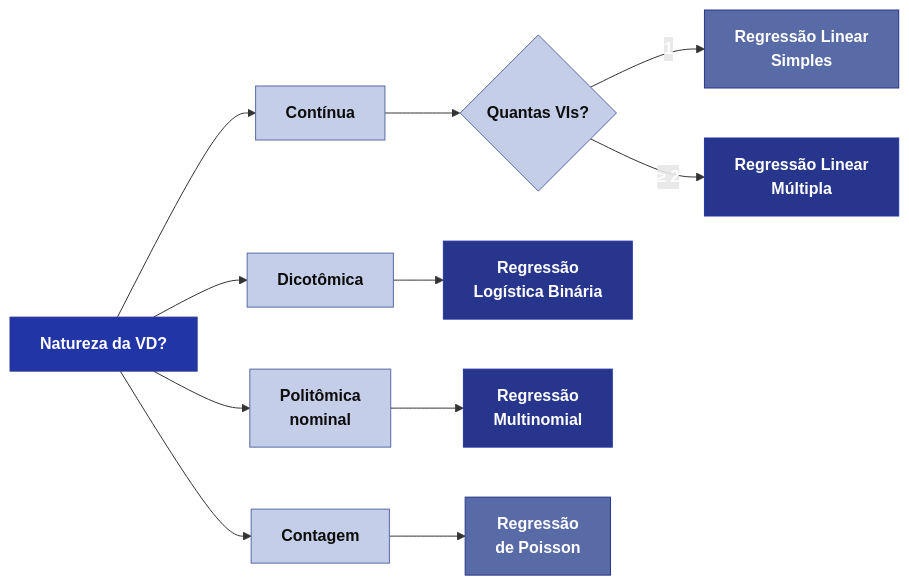
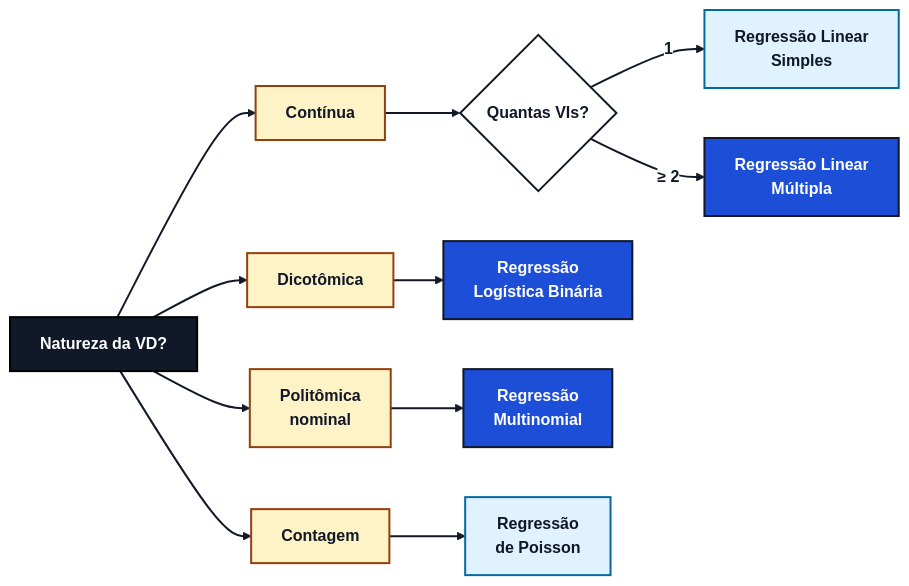
Before and after one commit to ldvsantos/cv: the second of 2 diagrams in aulas/analise_dados_ambientais/aulas/14_regressao/regressao.qmd, drawn with Mermaid. The commit also changed other lines of this file and 17 other files, not shown here.

````diff
--- a/aulas/analise_dados_ambientais/aulas/14_regressao/regressao.qmd
+++ b/aulas/analise_dados_ambientais/aulas/14_regressao/regressao.qmd
@@ -690,21 +700,26 @@
 ```{mermaid}
 %%| fig-width: 10
+%%{init: {"theme": "base", "themeVariables": {"fontFamily": "Arial, sans-serif", "primaryTextColor": "#111827", "lineColor": "#111827", "edgeLabelBackground": "#FFFFFF"}}}%%
 flowchart LR
     A["Natureza da VD?"]:::root --> B["Contínua"]:::node
     A --> C["Dicotômica"]:::node
     A --> D["Politômica<br/>nominal"]:::node
     A --> E["Contagem"]:::node
+
+  class B,C,D,E option
 
     B --> F{"Quantas VIs?"}:::node
     F --> |"1"| G["Regressão Linear<br/>Simples"]:::leaf
     F --> |"≥ 2"| H["Regressão Linear<br/>Múltipla"]:::result
 
     C --> I["Regressão<br/>Logística Binária"]:::result
     D --> J["Regressão<br/>Multinomial"]:::result
     E --> K["Regressão<br/>de Poisson"]:::leaf
 
-    classDef root fill:#2135A6,color:#fff,font-weight:bold,stroke:#27368C
-    classDef node fill:#C5CEE8,color:#0D0D0D,stroke:#586BA6
-    classDef leaf fill:#586BA6,color:#fff,stroke:#27368C
-    classDef result fill:#27368C,color:#fff,font-weight:bold,stroke:#2135A6
+    classDef root fill:#111827,color:#FFFFFF,font-weight:bold,stroke:#000000,stroke-width:2px
+    classDef node fill:#FFFFFF,color:#111827,font-weight:bold,stroke:#111827,stroke-width:2px
+    classDef option fill:#FEF3C7,color:#111827,font-weight:bold,stroke:#92400E,stroke-width:2px
+    classDef leaf fill:#E0F2FE,color:#0F172A,font-weight:bold,stroke:#0369A1,stroke-width:2px
+    classDef result fill:#1D4ED8,color:#FFFFFF,font-weight:bold,stroke:#111827,stroke-width:2px
+    linkStyle default stroke:#111827,stroke-width:2px,color:#111827
 ```
````
